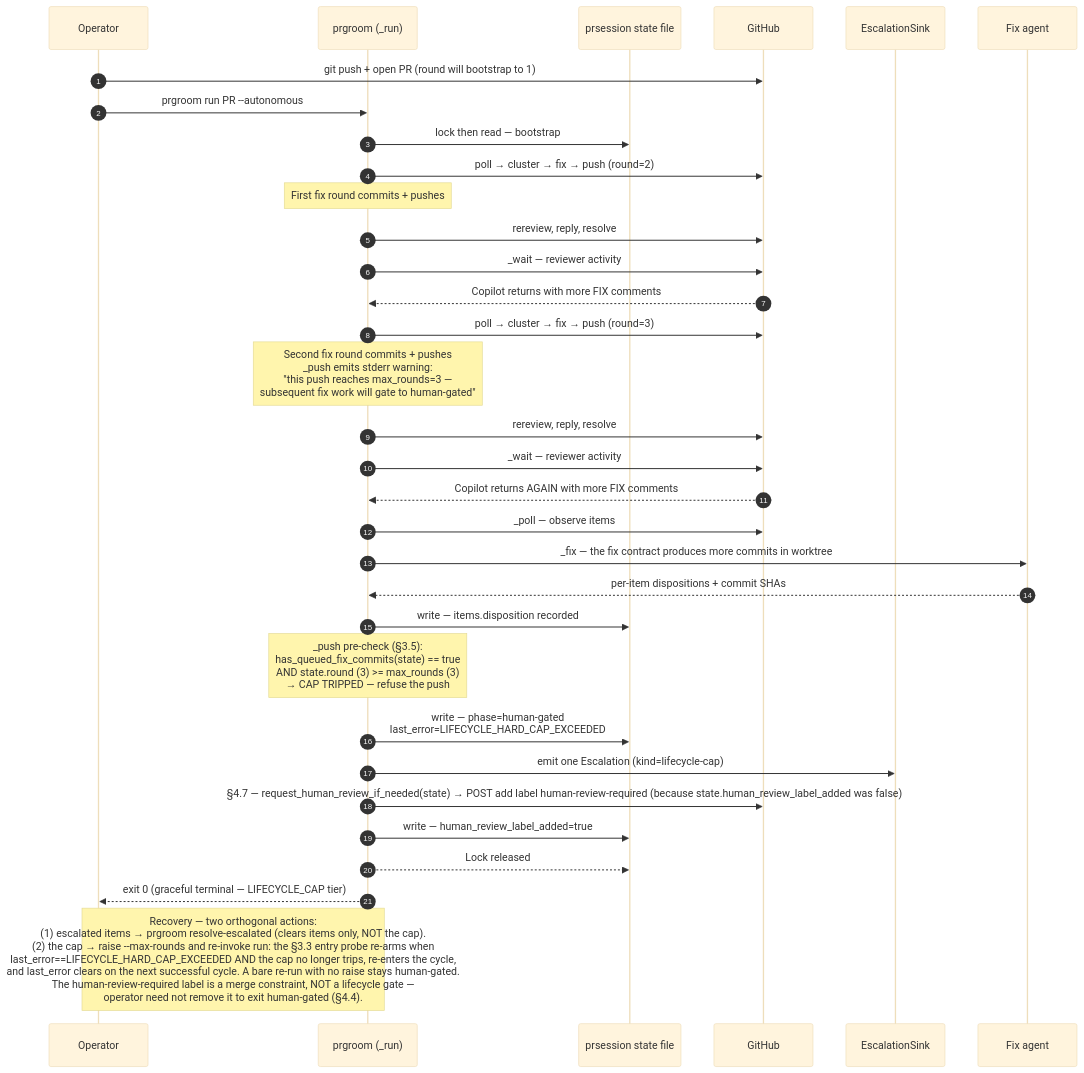
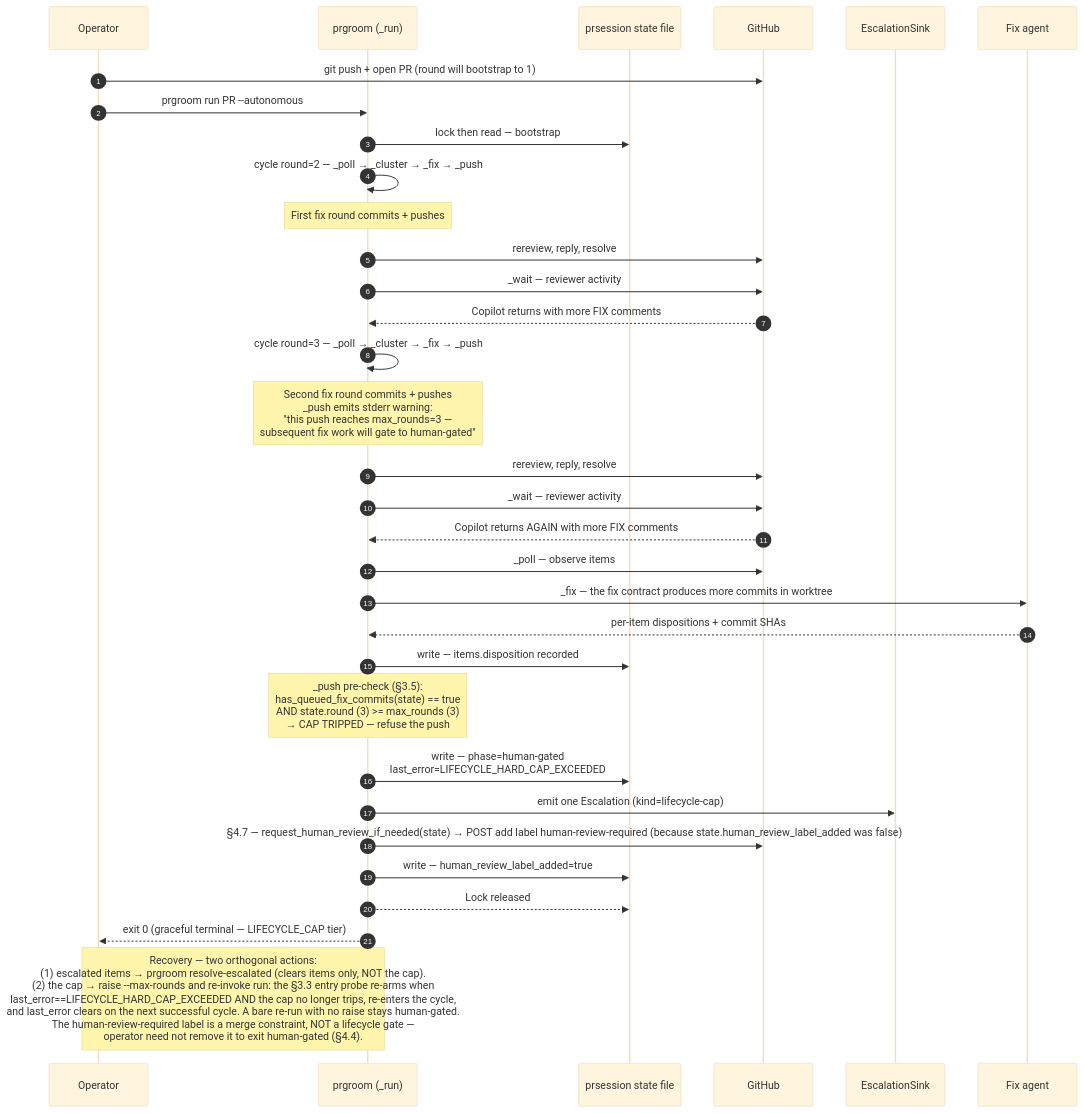
The third of 4 diagrams in docs/architecture/prgroom/sequences.md (scotthamilton77/agents-config), drawn with Mermaid (base theme) before and after one commit.

Commit message:
docs(prgroom): retarget collapsed-cycle arrows off the GitHub participant (PR #132)
In the hard-cap sequence, the abbreviated round-2 / round-3 cycles were drawn as 'PG->>GH: poll -> cluster -> fix -> push' arrows, which wrongly routes cluster and fix agent dispatch through the GitHub participant. Retargeted both to 'PG->>PG' self-calls (prgroom orchestrating its own internal cycle), per Copilot review. Per-step GH/agent interactions remain detailed in the happy-path sequence; the rereview/reply/resolve and poll/wait arrows stay on GH (those are genuine GitHub operations).

````diff
--- a/docs/architecture/prgroom/sequences.md
+++ b/docs/architecture/prgroom/sequences.md
@@ -163,42 +163,42 @@
 ```mermaid
 sequenceDiagram
     autonumber
     participant Op as Operator
     participant PG as prgroom (_run)
     participant State as prsession state file
     participant GH as GitHub
     participant Sink as EscalationSink
     participant Fix as Fix agent
 
     Op->>GH: git push + open PR (round will bootstrap to 1)
     Op->>PG: prgroom run PR --autonomous
 
     PG->>State: lock then read — bootstrap
-    PG->>GH: poll → cluster → fix → push (round=2)
+    PG->>PG: cycle round=2 — _poll → _cluster → _fix → _push
     Note over PG: First fix round commits + pushes
     PG->>GH: rereview, reply, resolve
     PG->>GH: _wait — reviewer activity
 
     GH-->>PG: Copilot returns with more FIX comments
-    PG->>GH: poll → cluster → fix → push (round=3)
+    PG->>PG: cycle round=3 — _poll → _cluster → _fix → _push
     Note over PG: Second fix round commits + pushes<br/>_push emits stderr warning:<br/>"this push reaches max_rounds=3 —<br/>subsequent fix work will gate to human-gated"
     PG->>GH: rereview, reply, resolve
     PG->>GH: _wait — reviewer activity
 
     GH-->>PG: Copilot returns AGAIN with more FIX comments
     PG->>GH: _poll — observe items
     PG->>Fix: _fix — the fix contract produces more commits in worktree
     Fix-->>PG: per-item dispositions + commit SHAs
     PG->>State: write — items.disposition recorded
 
     Note over PG: _push pre-check (§3.5):<br/>has_queued_fix_commits(state) == true<br/>AND state.round (3) >= max_rounds (3)<br/>→ CAP TRIPPED — refuse the push
 
     PG->>State: write — phase=human-gated<br/>last_error=LIFECYCLE_HARD_CAP_EXCEEDED
     PG->>Sink: emit one Escalation (kind=lifecycle-cap)
     PG->>GH: §4.7 — request_human_review_if_needed(state) → POST add label human-review-required (because state.human_review_label_added was false)
     PG->>State: write — human_review_label_added=true
     PG-->>State: Lock released
     PG-->>Op: exit 0 (graceful terminal — LIFECYCLE_CAP tier)
 
     Note over Op,PG: Recovery — two orthogonal actions:<br/>(1) escalated items → prgroom resolve-escalated (clears items only, NOT the cap).<br/>(2) the cap → raise --max-rounds and re-invoke run: the §3.3 entry probe re-arms when<br/>last_error==LIFECYCLE_HARD_CAP_EXCEEDED AND the cap no longer trips, re-enters the cycle,<br/>and last_error clears on the next successful cycle. A bare re-run with no raise stays human-gated.<br/>The human-review-required label is a merge constraint, NOT a lifecycle gate —<br/>operator need not remove it to exit human-gated (§4.4).
 ```
````
